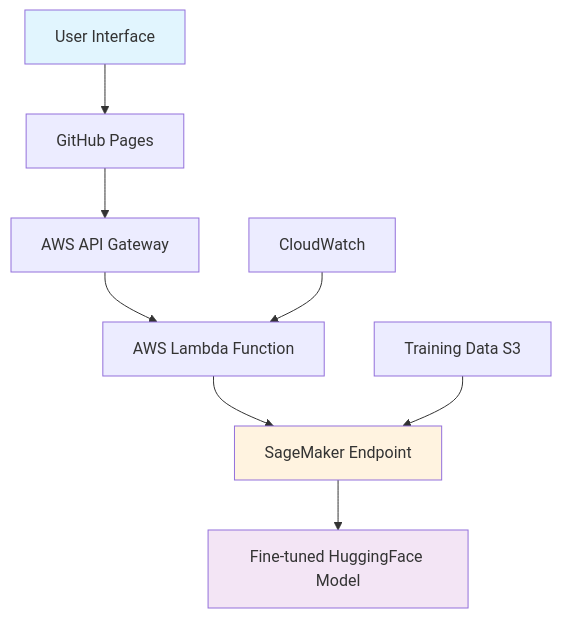
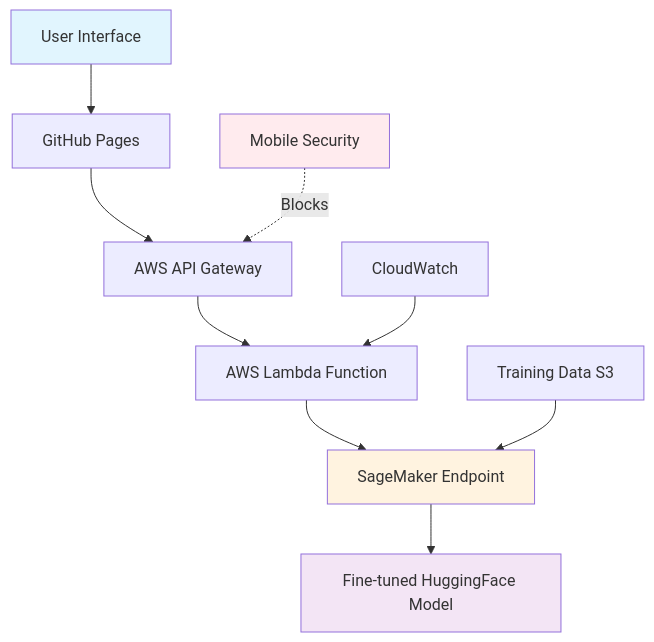
One commit to marcusmayo/neural-networks changed the diagram in edenred-invoice-assistant/README.md. Above: the diagram before and after it, drawn with Mermaid. The commit also changed other lines of this file, not shown here.

````diff
--- a/edenred-invoice-assistant/README.md
+++ b/edenred-invoice-assistant/README.md
@@ -131,14 +147,16 @@
 ```mermaid
 graph TB
     A[User Interface] --> B[GitHub Pages]
     B --> C[AWS API Gateway]
     C --> D[AWS Lambda Function]
     D --> E[SageMaker Endpoint]
     E --> F[Fine-tuned HuggingFace Model]
     G[Training Data S3] --> E
     H[CloudWatch] --> D
+    I[Mobile Security] -.->|Blocks| C
     
     style A fill:#e1f5fe
     style E fill:#fff3e0
     style F fill:#f3e5f5
+    style I fill:#ffebee
 ```
````
